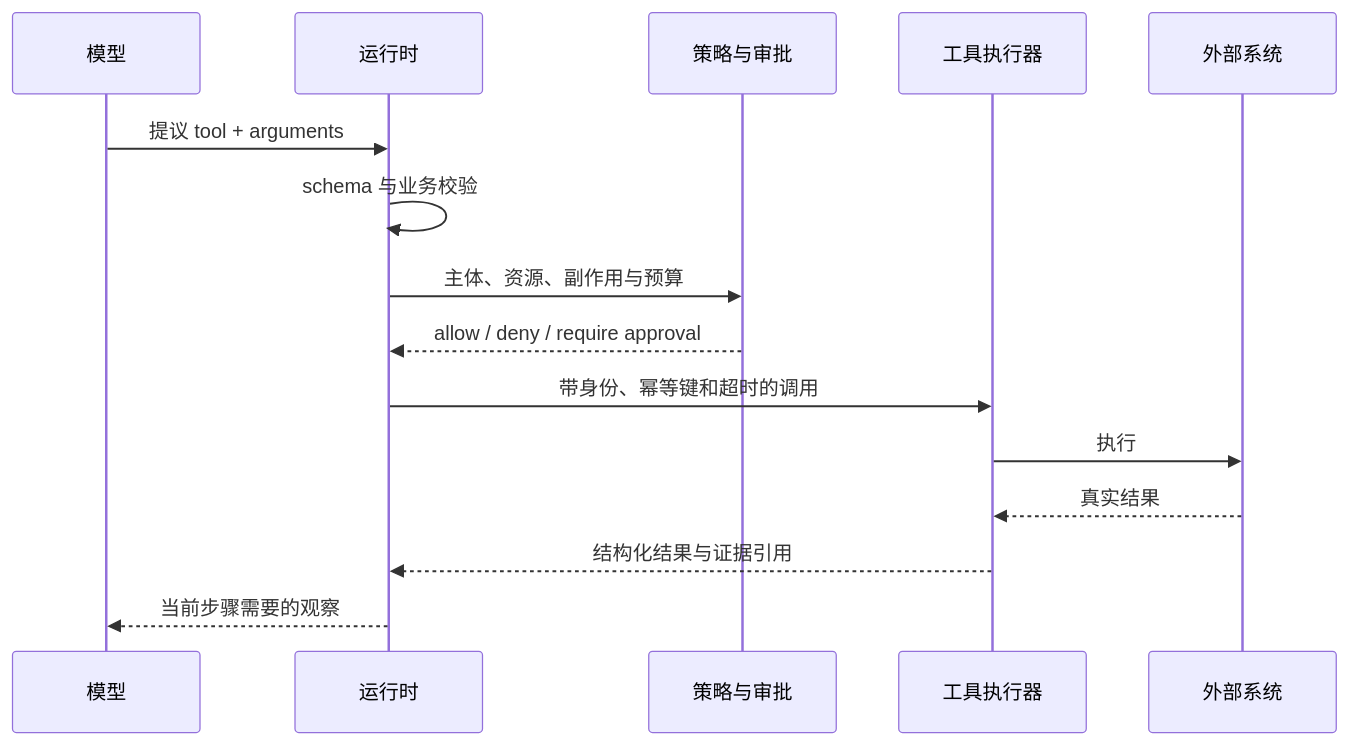
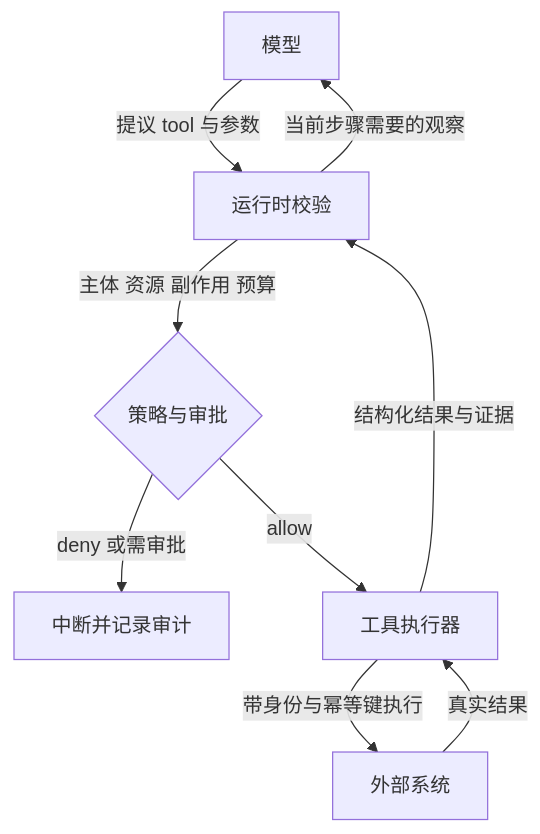
One commit to hub138/technical-knowledge changed the diagram in vault/工程知识/AI 系统工程：从模型能力到生产能力/Agent与工作流/工具是受约束的能力，不是提示词里的函数名.md. Above: the diagram before and after it, drawn with Mermaid. The commit also changed other lines of this file and 622 other files, not shown here.

````diff
--- a/vault/工程知识/AI 系统工程：从模型能力到生产能力/Agent与工作流/工具是受约束的能力，不是提示词里的函数名.md
+++ b/vault/工程知识/AI 系统工程：从模型能力到生产能力/Agent与工作流/工具是受约束的能力，不是提示词里的函数名.md
@@ -31,17 +35,11 @@
 ```mermaid
-sequenceDiagram
-    participant M as 模型
-    participant R as 运行时
-    participant P as 策略与审批
-    participant T as 工具执行器
-    participant S as 外部系统
-    M->>R: 提议 tool + arguments
-    R->>R: schema 与业务校验
-    R->>P: 主体、资源、副作用与预算
-    P-->>R: allow / deny / require approval
-    R->>T: 带身份、幂等键和超时的调用
-    T->>S: 执行
-    S-->>T: 真实结果
-    T-->>R: 结构化结果与证据引用
-    R-->>M: 当前步骤需要的观察
+flowchart TD
+    M[模型] -->|提议 tool 与参数| R[运行时校验]
+    R -->|主体 资源 副作用 预算| P{策略与审批}
+    P -->|deny 或需审批| Z[中断并记录审计]
+    P -->|allow| T[工具执行器]
+    T -->|带身份与幂等键执行| S[外部系统]
+    S -->|真实结果| T
+    T -->|结构化结果与证据| R
+    R -->|当前步骤需要的观察| M
 ```
````
